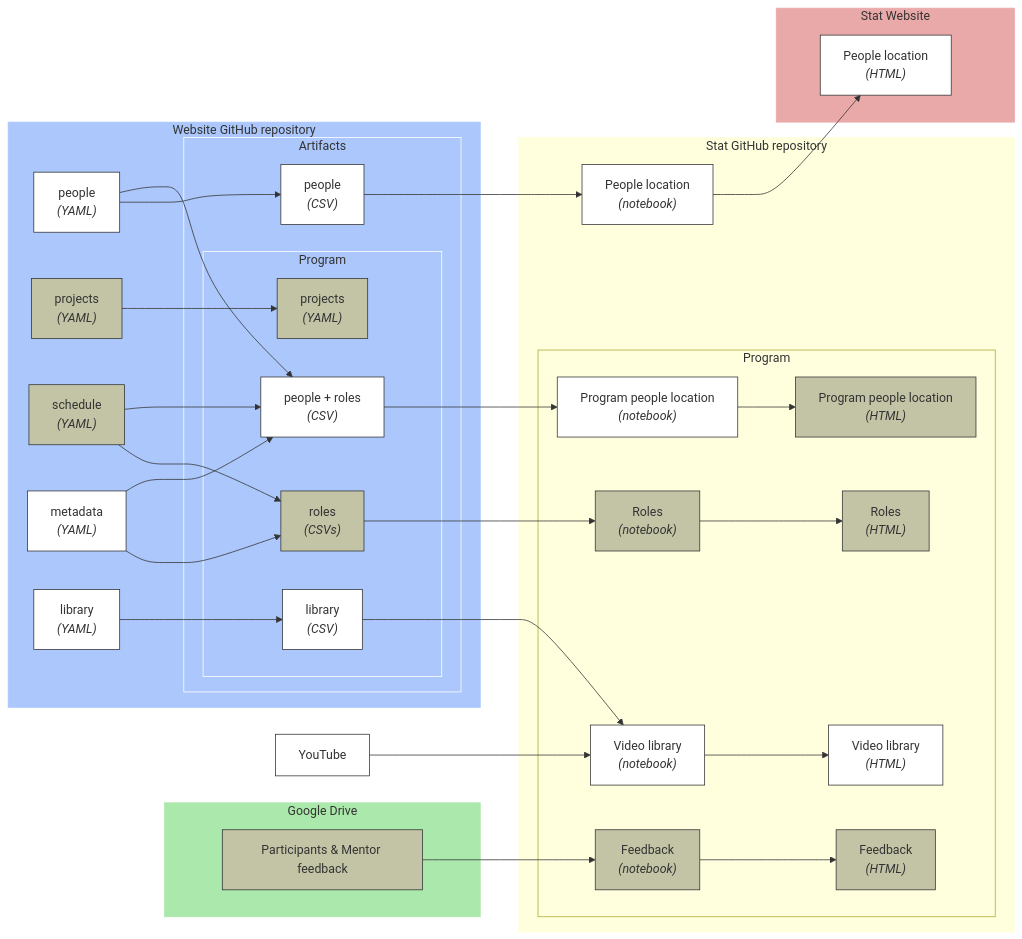
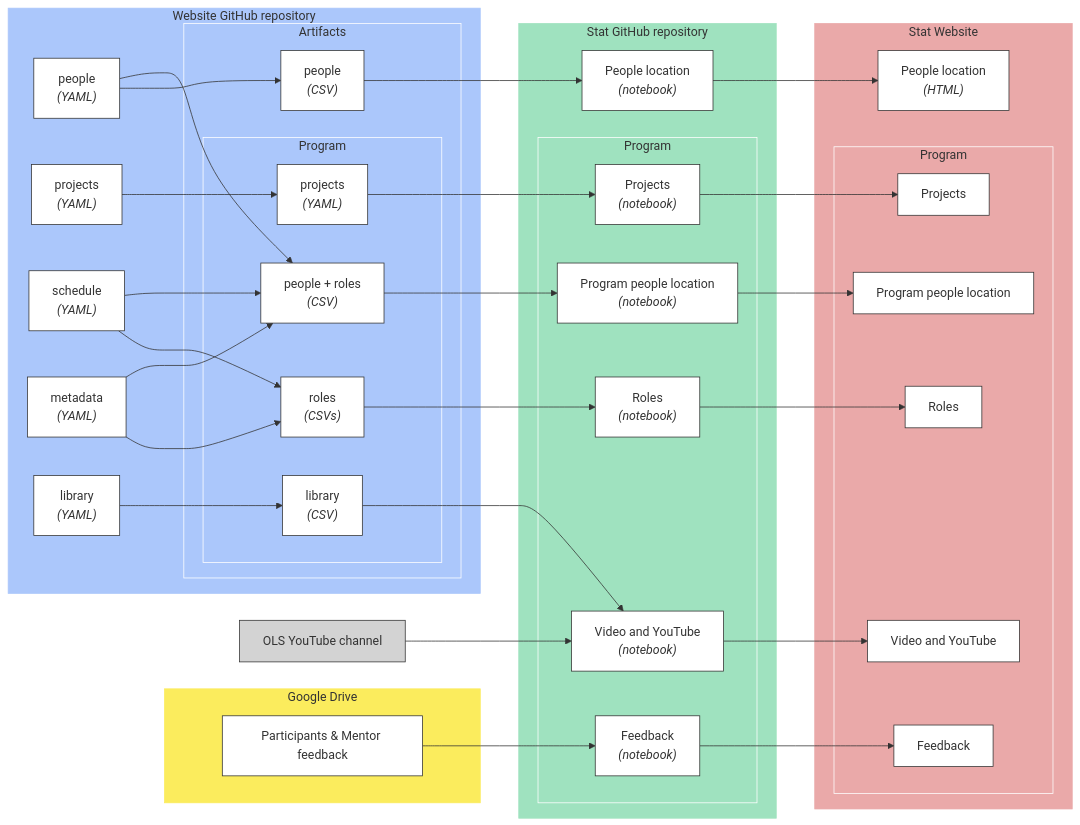
Before and after one commit to open-life-science/open-life-science.github.io: the fourth of 4 diagrams in knowledge_management.md, drawn with Mermaid. The commit also changed other lines of this file, not shown here.

Commit message:
Clean KMS schemas

```diff
--- a/knowledge_management.md
+++ b/knowledge_management.md
@@ -477,40 +510,39 @@
 %%{init: {"flowchart": {"htmlLabels": false}} }%%
 
 flowchart LR
-    classDef cohort fill:#c3c4a5,stroke:#333
-    classDef nonCohort fill:#fff,stroke:#333
-    class driveClass fill:lightblue
+    classDef cohort fill:#fff,stroke:#333
+    classDef nonCohort fill:#d3d3d3,stroke:#333
 
-    youtube["YouTube"]:::nonCohort
+    youtube["OLS YouTube channel"]:::nonCohort
 
     subgraph drive["Google Drive"]
         feedbackCSV["Participants & Mentor feedback"]:::cohort
     end
-    style drive fill:#abe8ab,stroke:#abe8ab
+    style drive fill:#fbec5d,stroke:#fbec5d
 
     subgraph github["Website GitHub repository"]
         peopleYAML["`people 
-        *(YAML)*`"]:::nonCohort
+        *(YAML)*`"]:::cohort
         projectYAML["`projects 
         *(YAML)*`"]:::cohort
         scheduleYAML["`schedule 
         *(YAML)*`"]:::cohort
         metadataYAML["`metadata 
-        *(YAML)*`"]:::nonCohort
+        *(YAML)*`"]:::cohort
         libraryYAML["`library 
-        *(YAML)*`"]:::nonCohort
+        *(YAML)*`"]:::cohort
         subgraph artifact["Artifacts"]
             peopleCSV["`people 
-            *(CSV)*`"]:::nonCohort
+            *(CSV)*`"]:::cohort
             subgraph githubProgram["Program"]
                 libraryCSV["`library 
-                *(CSV)*`"]:::nonCohort
+                *(CSV)*`"]:::cohort
                 projectCSV["`projects 
                 *(YAML)*`"]:::cohort
                 rolesCSV["`roles 
                 *(CSVs)*`"]:::cohort
                 peopleRolesCSV["`people + roles
-                *(CSV)*`"]:::nonCohort
+                *(CSV)*`"]:::cohort
             end
             style githubProgram fill:#abc7fb,stroke:#fff
         end
@@ -520,34 +552,34 @@
 
     subgraph statsGitHub["Stat GitHub repository"]
         locationNotebook["`People location
-        *(notebook)*`"]:::nonCohort
+        *(notebook)*`"]:::cohort
         subgraph statsGitHubProgram["Program"]
             programLocationNotebook["`Program people location
-            *(notebook)*`"]:::nonCohort
+            *(notebook)*`"]:::cohort
+            projectNotebook["`Projects
+            *(notebook)*`"]:::cohort
             rolesNotebook["`Roles
             *(notebook)*`"]:::cohort
             feedbackNotebook["`Feedback
             *(notebook)*`"]:::cohort
-            libraryNotebook["`Video library
-            *(notebook)*`"]:::nonCohort
+            libraryNotebook["`Video and YouTube
+            *(notebook)*`"]:::cohort
         end
-        style statsGitHubProgram fill:#ffffde,stroke:#fff
+        style statsGitHubProgram fill:#9fe2bf,stroke:#fff
     end
-    style statsGitHub fill:#ffffde,stroke:#ffffde
+    style statsGitHub fill:#9fe2bf,stroke:#9fe2bf
 
     subgraph website["Stat Website"]
         locationHTML["`People location
-        *(HTML)*`"]:::nonCohort
-        subgraph statsGitHubProgram["Program"]
-            programLocationHTML["`Program people location
-            *(HTML)*`"]:::cohort
-            rolesHTML["`Roles
-            *(HTML)*`"]:::cohort
-            feedbackHTML["`Feedback
-            *(HTML)*`"]:::cohort
-            libraryHTML["`Video library
-            *(HTML)*`"]:::nonCohort
+        *(HTML)*`"]:::cohort
+        subgraph websiteProgram["Program"]
+            programLocationHTML["`Program people location`"]:::cohort
+            projectHTML["`Projects`"]:::cohort
+            rolesHTML["`Roles`"]:::cohort
+            feedbackHTML["`Feedback`"]:::cohort
+            libraryHTML["`Video and YouTube`"]:::cohort
         end
+        style websiteProgram fill:#eaa9a9,stroke:#fff
     end
     style website fill:#eaa9a9,stroke:#eaa9a9
 
@@ -561,10 +593,12 @@
     metadataYAML --> peopleRolesCSV
     peopleCSV --> locationNotebook
     rolesCSV --> rolesNotebook
+    projectCSV --> projectNotebook
     youtube --> libraryNotebook
     libraryCSV --> libraryNotebook
     feedbackCSV --> feedbackNotebook
     peopleRolesCSV --> programLocationNotebook
+    projectNotebook --> projectHTML
     locationNotebook --> locationHTML
     rolesNotebook --> rolesHTML
     feedbackNotebook --> feedbackHTML
```
